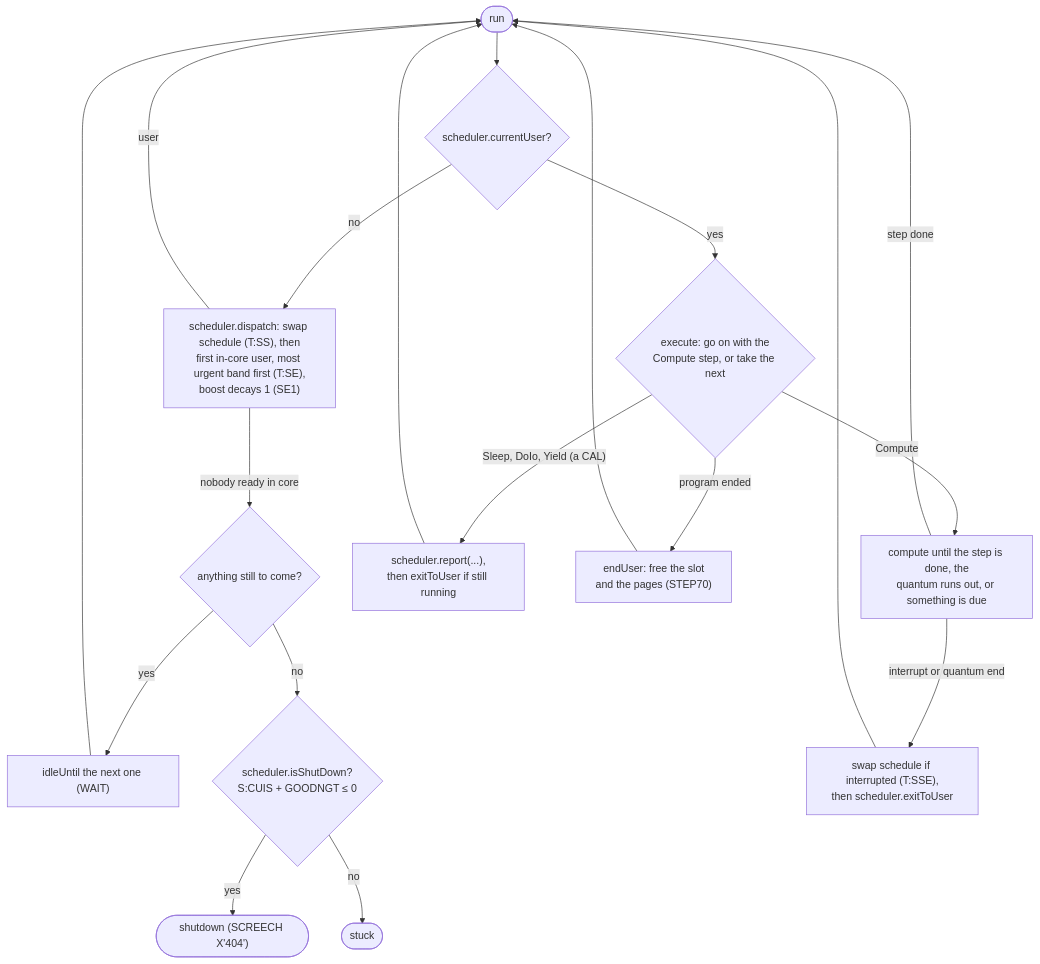
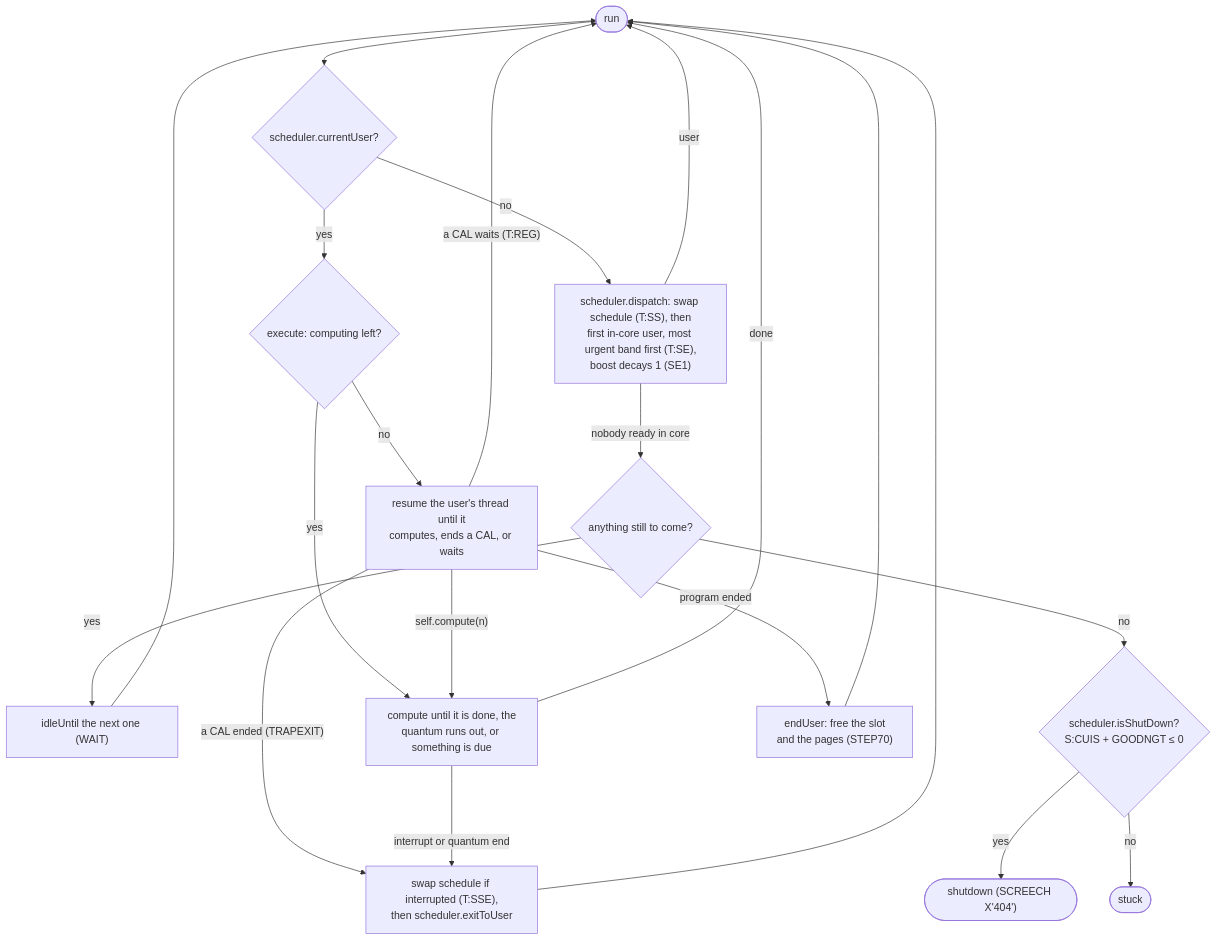
Diagram 13 of 13 in pyCP-V/C00stap/docs/model.md (msiddalingaiah/Sigma), drawn with Mermaid before and after one commit. The commit also changed other lines of this file, not shown here.

````diff
--- a/pyCP-V/C00stap/docs/model.md
+++ b/pyCP-V/C00stap/docs/model.md
@@ -784,21 +888,23 @@
 ```mermaid
 flowchart TD
     run([run]) --> current{"scheduler.currentUser?"}
     current -->|yes| execute
     current -->|no| dispatch["scheduler.dispatch: swap schedule (T:SS), then<br/>first in-core user, most urgent band first (T:SE),<br/>boost decays 1 (SE1)"]
     dispatch -->|user| run
     dispatch -->|nobody ready in core| pending{"anything still to come?"}
     pending -->|yes| idle["idleUntil the next one (WAIT)"]
     pending -->|no| check{"scheduler.isShutDown?<br/>S:CUIS + GOODNGT ≤ 0"}
     check -->|yes| shutdown(["shutdown (SCREECH X'404')"])
     check -->|no| stuck(["stuck"])
     idle --> run
-    execute{"execute: go on with the<br/>Compute step, or take the next"} -->|Compute| compute["compute until the step is done, the<br/>quantum runs out, or something is due"]
+    execute{"execute: computing left?"} -->|yes| compute["compute until it is done, the<br/>quantum runs out, or something is due"]
+    execute -->|no| resume["resume the user's thread until it<br/>computes, ends a CAL, or waits"]
+    resume -->|"self.compute(n)"| compute
+    resume -->|"a CAL ended (TRAPEXIT)"| exit
+    resume -->|"a CAL waits (T:REG)"| run
+    resume -->|program ended| endUser["endUser: free the slot<br/>and the pages (STEP70)"]
     compute -->|"interrupt or quantum end"| exit["swap schedule if interrupted (T:SSE),<br/>then scheduler.exitToUser"]
-    compute -->|step done| run
-    execute -->|"Sleep, DoIo, Yield (a CAL)"| report["scheduler.report(...),<br/>then exitToUser if still running"]
-    execute -->|program ended| endUser["endUser: free the slot<br/>and the pages (STEP70)"]
+    compute -->|done| run
     exit --> run
-    report --> run
     endUser --> run
 ```
````
